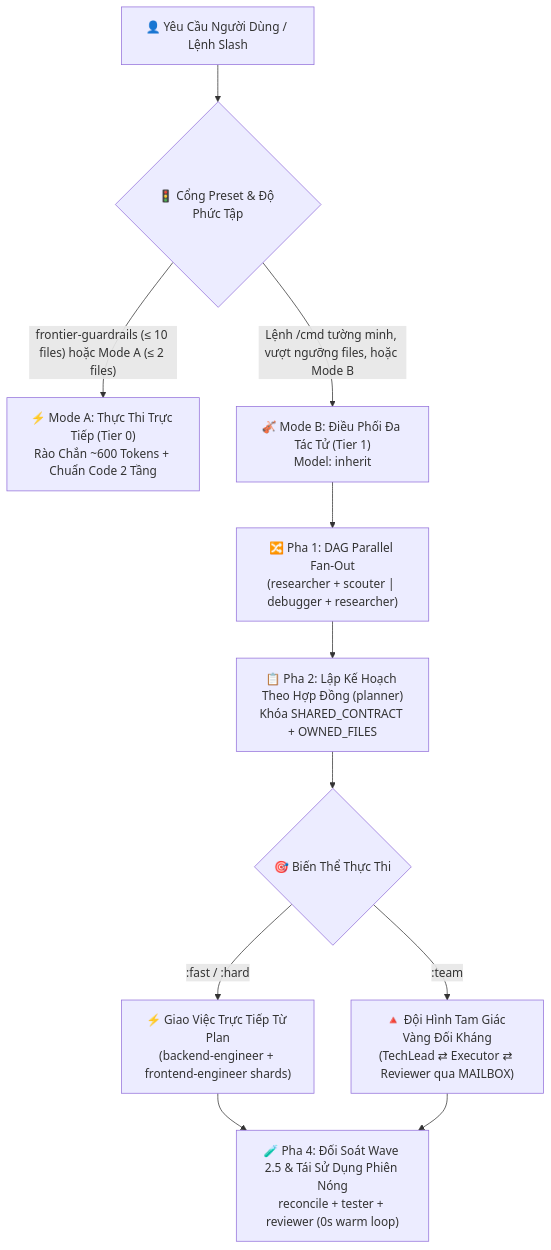
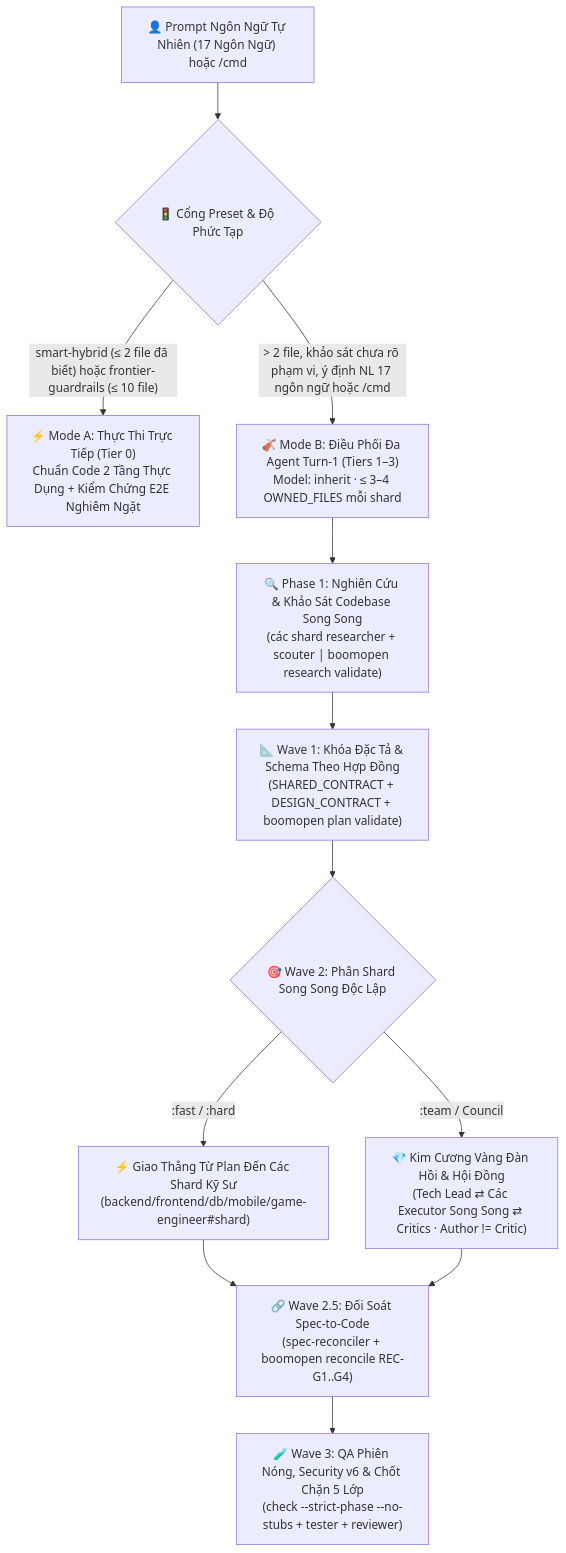
The diagram in i18n/README.vi.md (Kennyboom/BoomOpen-Workflow-Kit-Pro), drawn with Mermaid before and after one commit. The commit also changed other lines of this file and 21 other files, not shown here.

````diff
--- a/i18n/README.vi.md
+++ b/i18n/README.vi.md
@@ -79,16 +94,17 @@
 ```mermaid
 flowchart TD
-    User["👤 Yêu Cầu Người Dùng / Lệnh Slash"] --> Gate{"🚦 Cổng Preset & Độ Phức Tập"}
-    Gate -->|"frontier-guardrails (≤ 10 files) hoặc Mode A (≤ 2 files)"| ModeA["⚡ Mode A: Thực Thi Trực Tiếp (Tier 0)<br/>Rào Chắn ~600 Tokens + Chuẩn Code 2 Tầng"]
-    Gate -->|"Lệnh /cmd tường minh, vượt ngưỡng files, hoặc Mode B"| ModeB["🎻 Mode B: Điều Phối Đa Tác Tử (Tier 1)<br/>Model: inherit"]
+    User["👤 Prompt Ngôn Ngữ Tự Nhiên (17 Ngôn Ngữ) hoặc /cmd"] --> Gate{"🚦 Cổng Preset & Độ Phức Tạp"}
+    Gate -->|"smart-hybrid (≤ 2 file đã biết) hoặc frontier-guardrails (≤ 10 file)"| ModeA["⚡ Mode A: Thực Thi Trực Tiếp (Tier 0)<br/>Chuẩn Code 2 Tầng Thực Dụng + Kiểm Chứng E2E Nghiêm Ngặt"]
+    Gate -->|"> 2 file, khảo sát chưa rõ phạm vi, ý định NL 17 ngôn ngữ hoặc /cmd"| ModeB["🎻 Mode B: Điều Phối Đa Agent Turn-1 (Tiers 1–3)<br/>Model: inherit · ≤ 3–4 OWNED_FILES mỗi shard"]
 
-    ModeB --> FanOut["🔀 Pha 1: DAG Parallel Fan-Out<br/>(researcher + scouter | debugger + researcher)"]
-    FanOut --> Plan["📋 Pha 2: Lập Kế Hoạch Theo Hợp Đồng (planner)<br/>Khóa SHARED_CONTRACT + OWNED_FILES"]
-    Plan --> Dispatch{"🎯 Biến Thể Thực Thi"}
+    ModeB --> Wave0["🔍 Phase 1: Nghiên Cứu & Khảo Sát Codebase Song Song<br/>(các shard researcher + scouter | boomopen research validate)"]
+    Wave0 --> Wave1["📐 Wave 1: Khóa Đặc Tả & Schema Theo Hợp Đồng<br/>(SHARED_CONTRACT + DESIGN_CONTRACT + boomopen plan validate)"]
+    Wave1 --> Wave2{"🎯 Wave 2: Phân Shard Song Song Độc Lập"}
 
-    Dispatch -->|":fast / :hard"| Direct["⚡ Giao Việc Trực Tiếp Từ Plan<br/>(backend-engineer + frontend-engineer shards)"]
-    Dispatch -->|":team"| Triangle["🔺 Đội Hình Tam Giác Vàng Đối Kháng<br/>(TechLead ⇄ Executor ⇄ Reviewer qua MAILBOX)"]
+    Wave2 -->|":fast / :hard"| Direct["⚡ Giao Thẳng Từ Plan Đến Các Shard Kỹ Sư<br/>(backend/frontend/db/mobile/game-engineer#shard)"]
+    Wave2 -->|":team / Council"| Diamond["💎 Kim Cương Vàng Đàn Hồi & Hội Đồng<br/>(Tech Lead ⇄ Các Executor Song Song ⇄ Critics · Author != Critic)"]
 
-    Direct --> Verify["🧪 Pha 4: Đối Soát Wave 2.5 & Tái Sử Dụng Phiên Nóng<br/>reconcile + tester + reviewer (0s warm loop)"]
-    Triangle --> Verify
+    Direct --> Wave25["🔗 Wave 2.5: Đối Soát Spec-to-Code<br/>(spec-reconciler + boomopen reconcile REC-G1..G4)"]
+    Diamond --> Wave25
+    Wave25 --> Wave3["🧪 Wave 3: QA Phiên Nóng, Security v6 & Chốt Chặn 5 Lớp<br/>(check --strict-phase --no-stubs + tester + reviewer)"]
 ```
````
